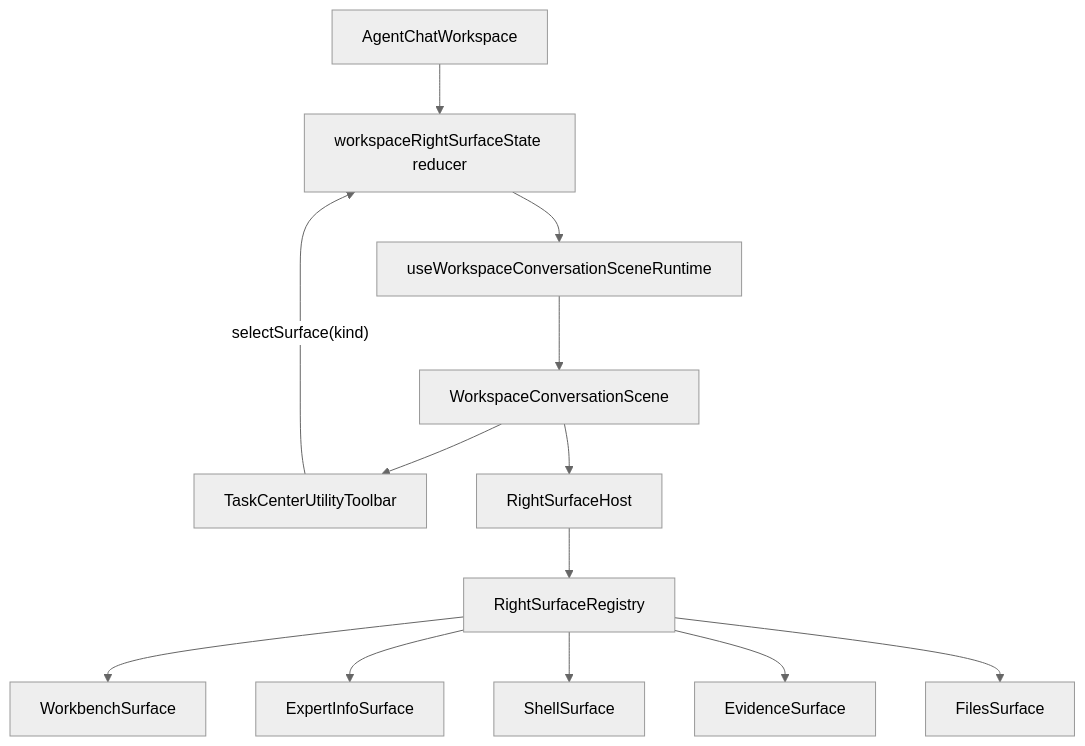
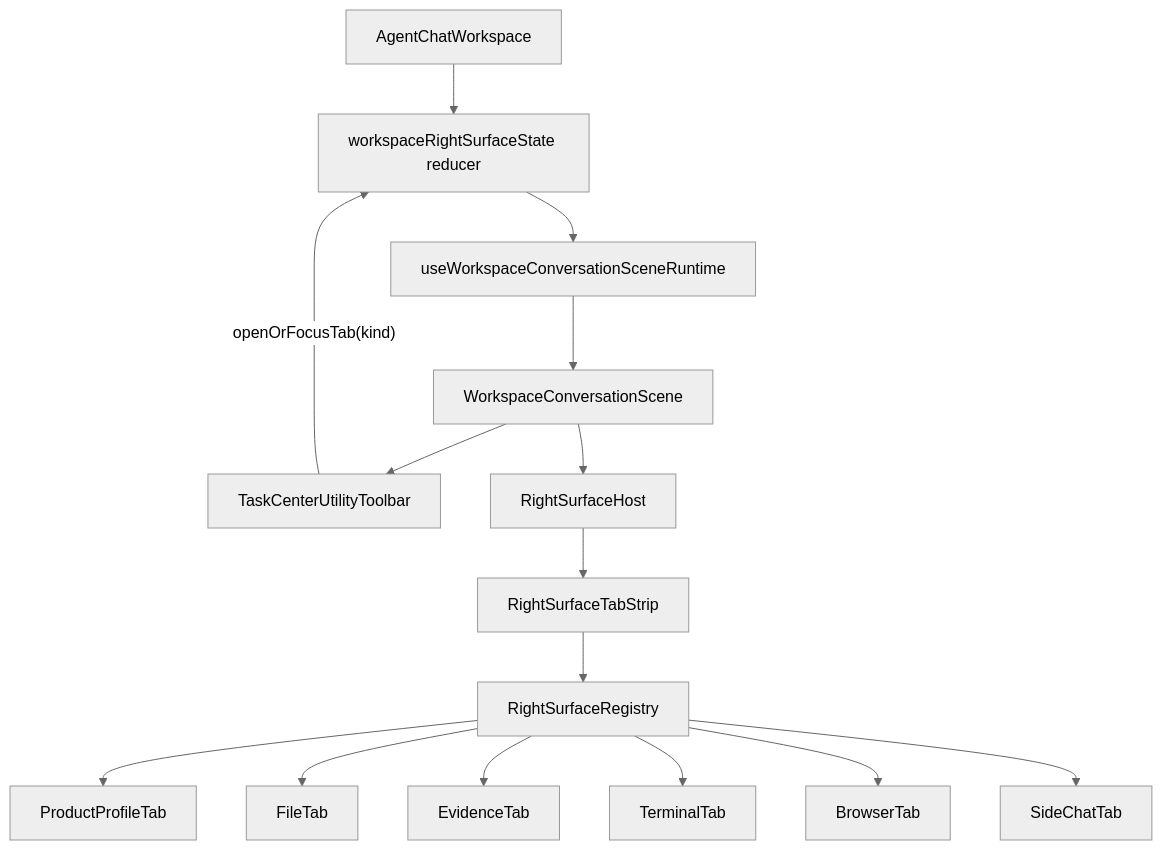
One commit to jiujuan/lime changed the second of 11 diagrams in internal/roadmap/rightsurface/README.md. Above: the diagram before and after it, drawn with Mermaid (neutral theme). The commit also changed other lines of this file and 377 other files, not shown here.

````diff
--- a/internal/roadmap/rightsurface/README.md
+++ b/internal/roadmap/rightsurface/README.md
@@ -118,29 +122,33 @@
 ```mermaid
 flowchart TB
   Agent[AgentChatWorkspace]
   State[workspaceRightSurfaceState reducer]
   Runtime[useWorkspaceConversationSceneRuntime]
   Scene[WorkspaceConversationScene]
   Toolbar[TaskCenterUtilityToolbar]
   Host[RightSurfaceHost]
+  Tabs[RightSurfaceTabStrip]
   Registry[RightSurfaceRegistry]
-  Workbench[WorkbenchSurface]
-  Expert[ExpertInfoSurface]
-  Shell[ShellSurface]
-  Evidence[EvidenceSurface]
-  Files[FilesSurface]
+  Product[ProductProfileTab]
+  Files[FileTab]
+  Evidence[EvidenceTab]
+  Terminal[TerminalTab]
+  Browser[BrowserTab]
+  SideChat[SideChatTab]
 
   Agent --> State
   State --> Runtime
   Runtime --> Scene
   Scene --> Toolbar
   Scene --> Host
-  Host --> Registry
-  Registry --> Workbench
-  Registry --> Expert
-  Registry --> Shell
+  Host --> Tabs
+  Tabs --> Registry
+  Registry --> Product
+  Registry --> Files
   Registry --> Evidence
-  Registry --> Files
+  Registry --> Terminal
+  Registry --> Browser
+  Registry --> SideChat
 
-  Toolbar -- selectSurface(kind) --> State
+  Toolbar -- openOrFocusTab(kind) --> State
 ```
````
